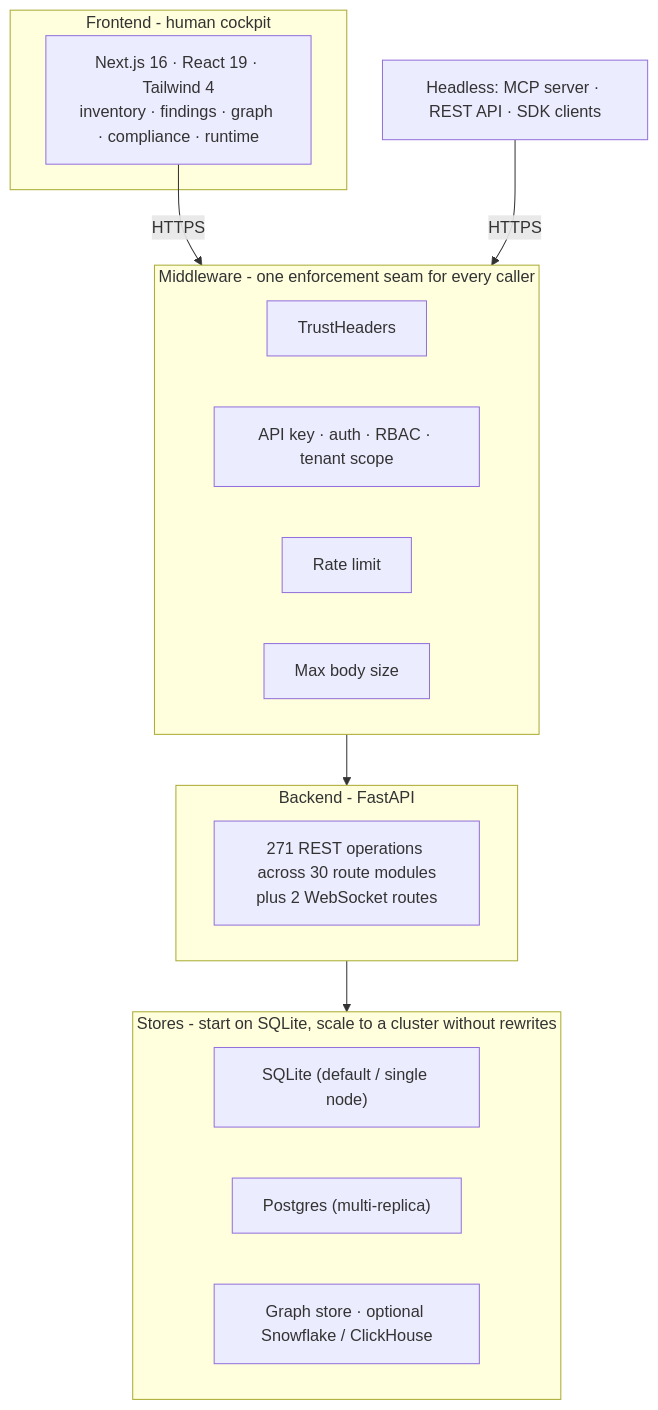
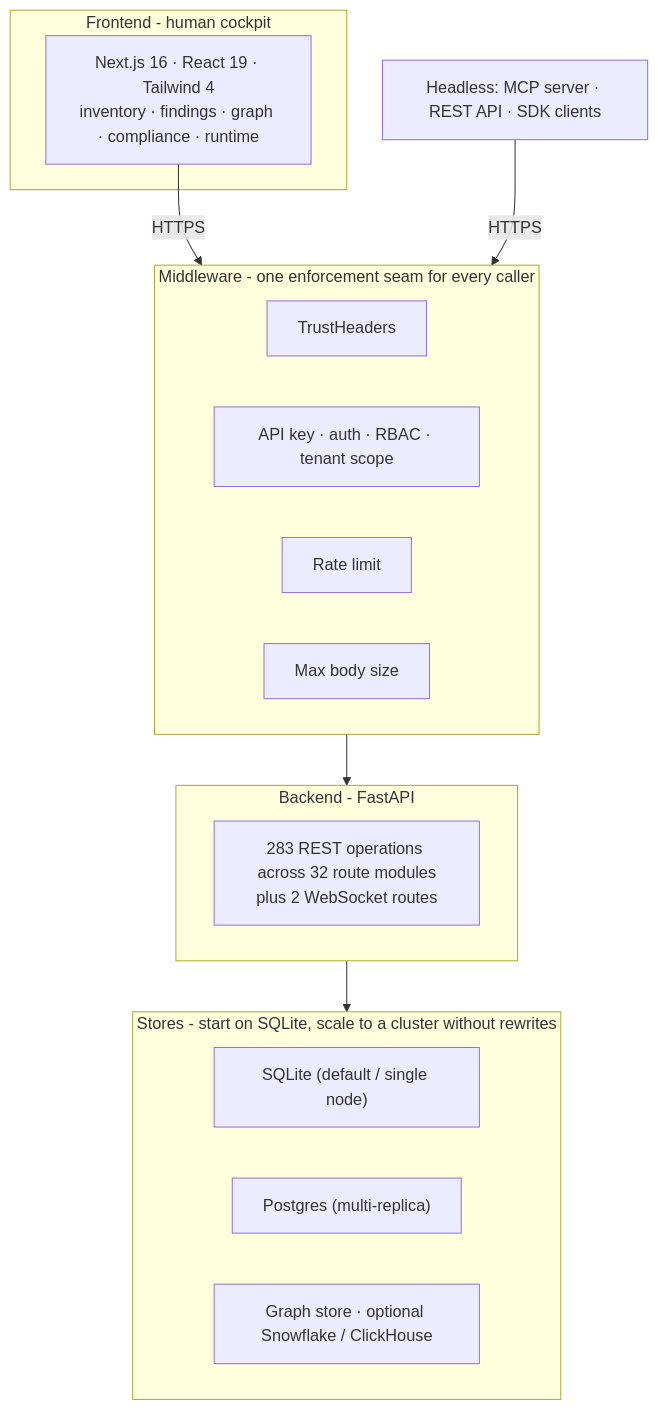
The fourth of 9 diagrams in docs/ARCHITECTURE.md (msaad00/agent-bom), drawn with Mermaid before and after one commit. The commit also changed other lines of this file and 30 other files, not shown here.

````diff
--- a/docs/ARCHITECTURE.md
+++ b/docs/ARCHITECTURE.md
@@ -134,26 +134,26 @@
 ```mermaid
 flowchart TB
     subgraph FE["Frontend - human cockpit"]
         UI["Next.js 16 · React 19 · Tailwind 4\ninventory · findings · graph · compliance · runtime"]
     end
     subgraph MW["Middleware - one enforcement seam for every caller"]
         M1["TrustHeaders"]
         M2["API key · auth · RBAC · tenant scope"]
         M3["Rate limit"]
         M4["Max body size"]
     end
     subgraph BE["Backend - FastAPI"]
-        R["271 REST operations across 30 route modules\nplus 2 WebSocket routes"]
+        R["283 REST operations across 32 route modules\nplus 2 WebSocket routes"]
     end
     subgraph ST["Stores - start on SQLite, scale to a cluster without rewrites"]
         S1["SQLite (default / single node)"]
         S2["Postgres (multi-replica)"]
         S3["Graph store · optional Snowflake / ClickHouse"]
     end
 
     EXTAGENT["Headless: MCP server · REST API · SDK clients"]
 
     UI -->|HTTPS| MW
     EXTAGENT -->|HTTPS| MW
     MW --> BE --> ST
 ```
````
